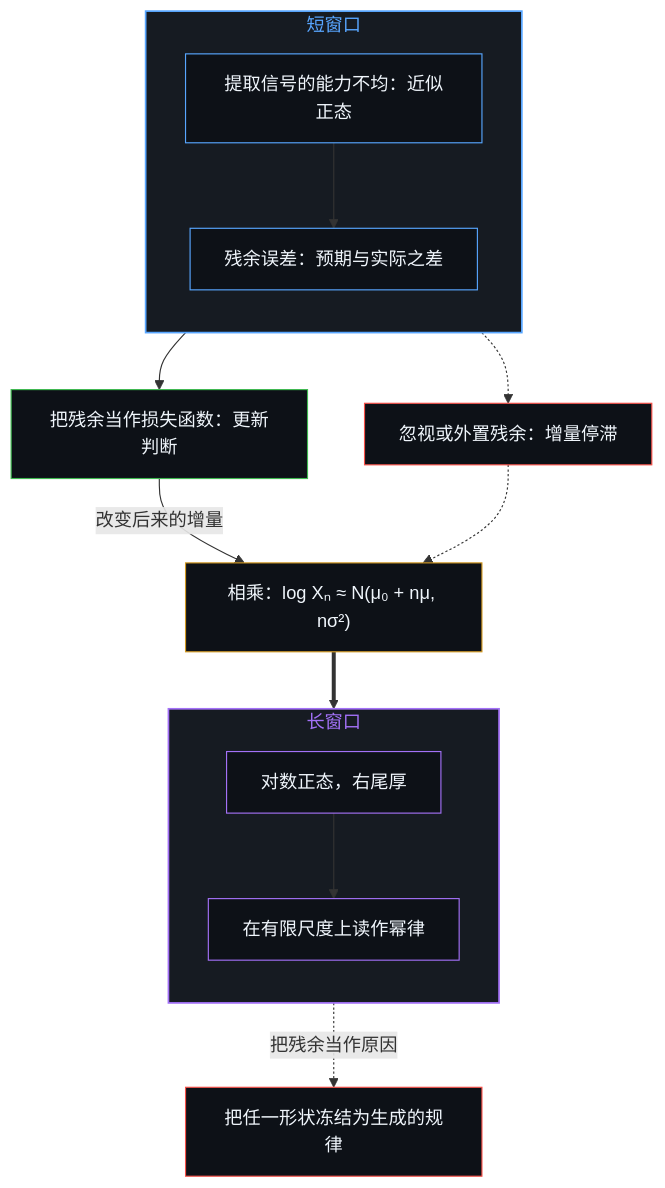
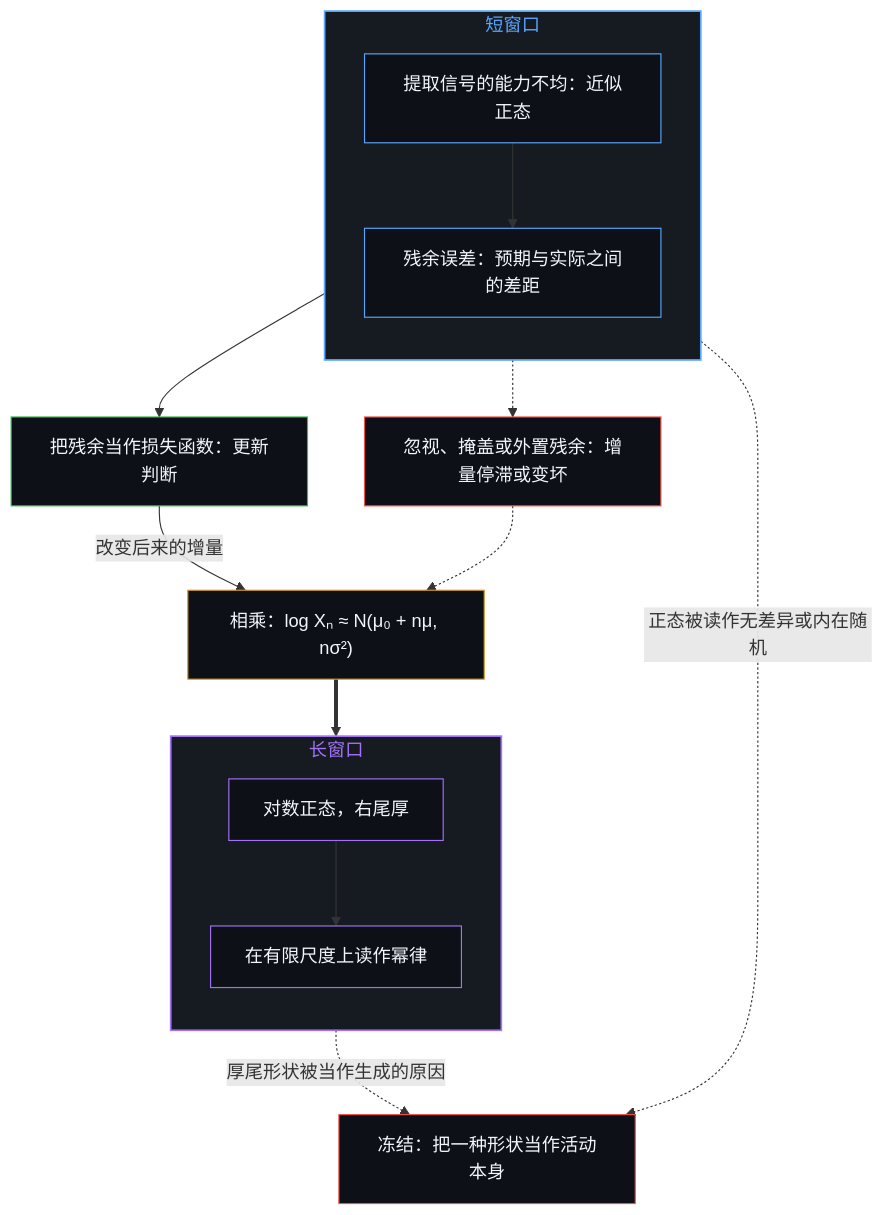
One commit to powerpig99/not-a-toe changed the first of 2 diagrams in content/posts/power-law-is-the-long-term-consequence-of-normal-distribution.md. Above: the diagram before and after it, drawn with Mermaid. The commit also changed other lines of this file and 3 other files, not shown here.

Commit message:
Refine 幂律是正态分布的长期后果 / Power Law Is the Long-Term Consequence of Normal Distribution after Grok Build and Antigravity reviews

````diff
--- a/content/posts/power-law-is-the-long-term-consequence-of-normal-distribution.md
+++ b/content/posts/power-law-is-the-long-term-consequence-of-normal-distribution.md
@@ -55,34 +55,35 @@
 ```mermaid
 flowchart TD
     subgraph S_Short["短窗口"]
         direction TB
         N1["提取信号的能力不均：近似正态"]
-        N2["残余误差：预期与实际之差"]
+        N2["残余误差：预期与实际之间的差距"]
     end
     U["把残余当作损失函数：更新判断"]
-    E["忽视或外置残余：增量停滞"]
+    E["忽视、掩盖或外置残余：增量停滞或变坏"]
     M["相乘：log Xₙ ≈ N(μ₀ + nμ, nσ²)"]
     subgraph S_Long["长窗口"]
         direction TB
         L1["对数正态，右尾厚"]
         L2["在有限尺度上读作幂律"]
     end
-    F["把任一形状冻结为生成的规律"]
+    F["冻结：把一种形状当作活动本身"]
     N1 --> N2
     N2 --> U
     N2 -.-> E
     U -->|"改变后来的增量"| M
     E -.-> M
     M ==> L1 --> L2
-    L2 -.->|"把残余当作原因"| F
+    N1 -.->|"正态被读作无差异或内在随机"| F
+    L2 -.->|"厚尾形状被当作生成的原因"| F
     style S_Short fill:#161b22,stroke:#58a6ff,stroke-width:1.5px,color:#58a6ff
     style S_Long fill:#161b22,stroke:#a371f7,stroke-width:1.5px,color:#a371f7
     style N1 fill:#0d1117,stroke:#58a6ff,stroke-width:1px,color:#f0f6fc
     style N2 fill:#0d1117,stroke:#58a6ff,stroke-width:1px,color:#f0f6fc
     style U fill:#0d1117,stroke:#3fb950,stroke-width:1px,color:#f0f6fc
     style E fill:#0d1117,stroke:#f85149,stroke-width:1px,color:#f0f6fc
     style M fill:#0d1117,stroke:#d29922,stroke-width:1px,color:#f0f6fc
     style L1 fill:#0d1117,stroke:#a371f7,stroke-width:1px,color:#f0f6fc
     style L2 fill:#0d1117,stroke:#a371f7,stroke-width:1px,color:#f0f6fc
     style F fill:#0d1117,stroke:#f85149,stroke-width:1px,color:#f0f6fc
 ```
````
